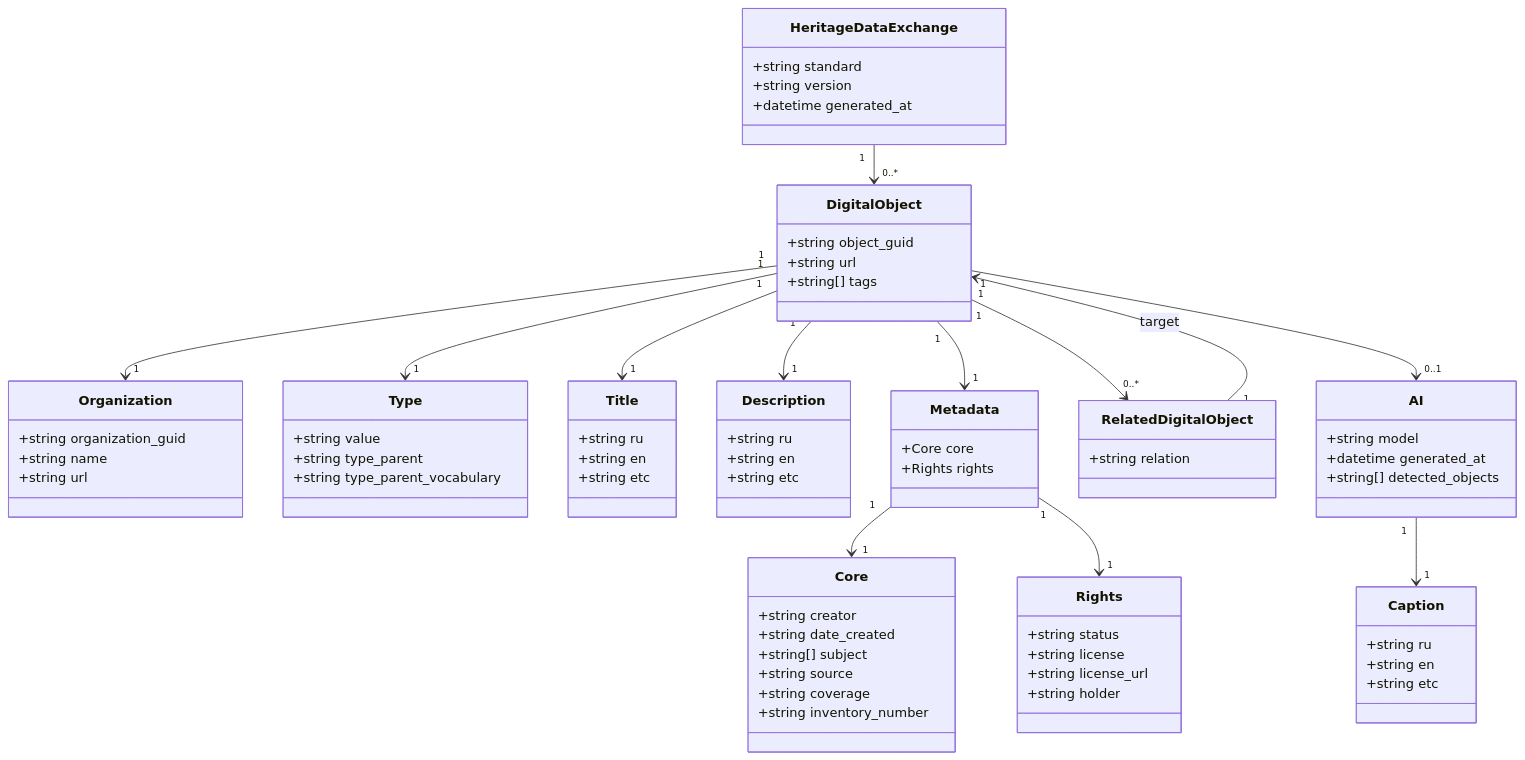
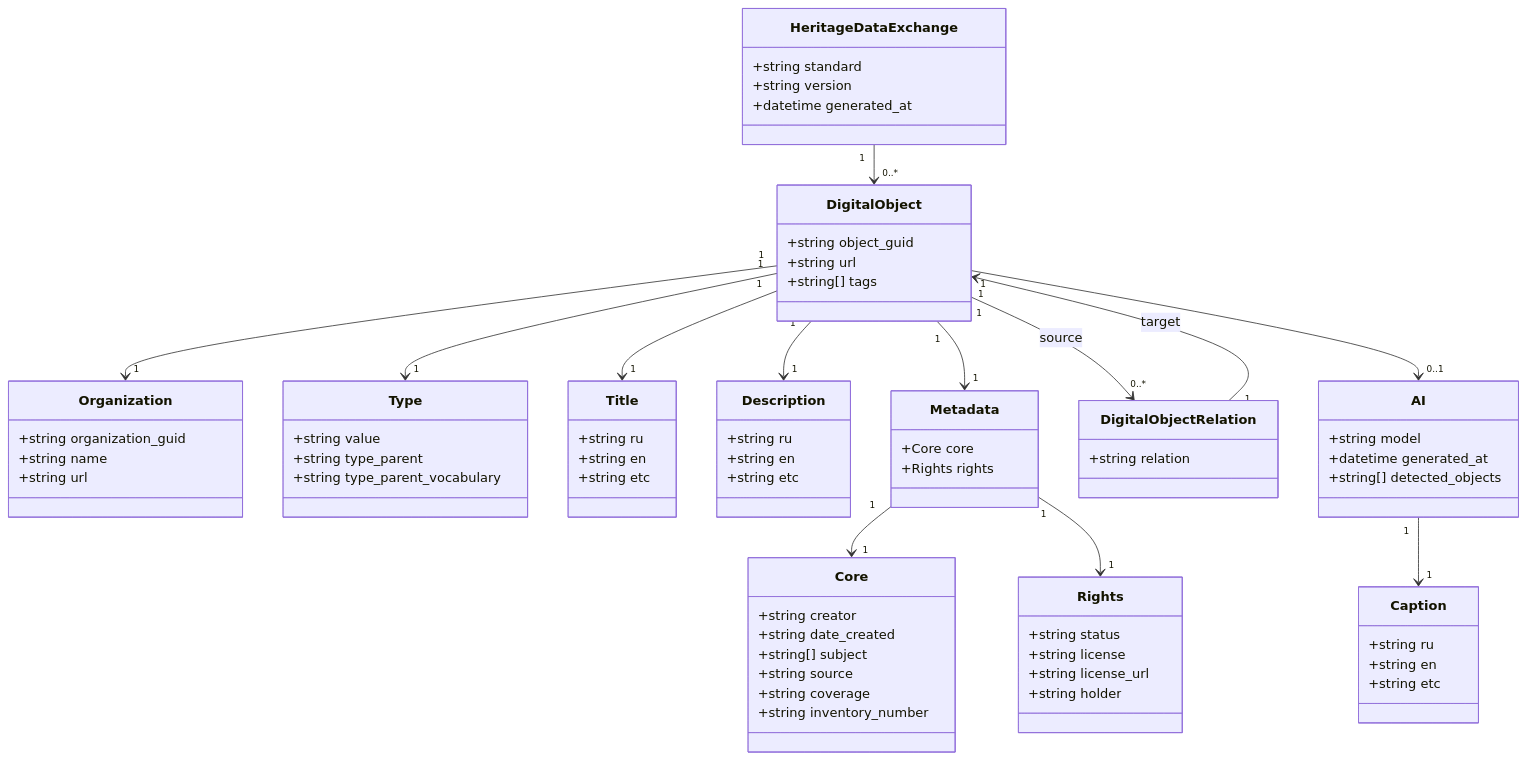
Before and after one commit to herzen-vis-lab/heritage-data-exchange: the diagram in docs/ru-federated-cultural-ai-exchange.uml.md, drawn with Mermaid.

````diff
--- a/docs/ru-federated-cultural-ai-exchange.uml.md
+++ b/docs/ru-federated-cultural-ai-exchange.uml.md
@@ -59,7 +59,7 @@
     +string holder
 }
 
-class RelatedDigitalObject {
+class DigitalObjectRelation {
     +string relation
 }
 
@@ -81,7 +81,7 @@
 DigitalObject "1" --> "1" Organization
 DigitalObject "1" --> "1" Type
 DigitalObject "1" --> "1" Metadata
-DigitalObject "1" --> "0..*" RelatedDigitalObject
+DigitalObject "1" --> "0..*" DigitalObjectRelation : source
 DigitalObject "1" --> "0..1" AI
 DigitalObject "1" --> "1" Title
 DigitalObject "1" --> "1" Description
@@ -89,7 +89,7 @@
 Metadata "1" --> "1" Core
 Metadata "1" --> "1" Rights
 
-RelatedDigitalObject "1" --> "1" DigitalObject : target
+DigitalObjectRelation "1" --> "1" DigitalObject : target
 AI "1" --> "1" Caption
 
 ```
````
